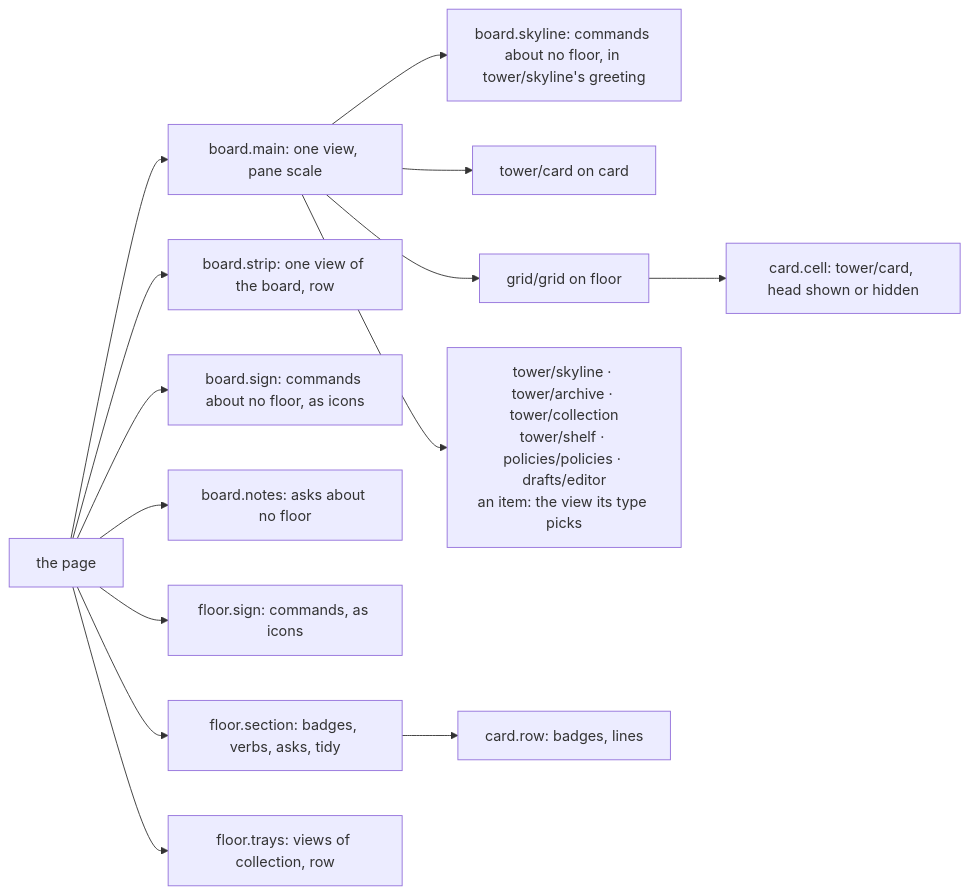
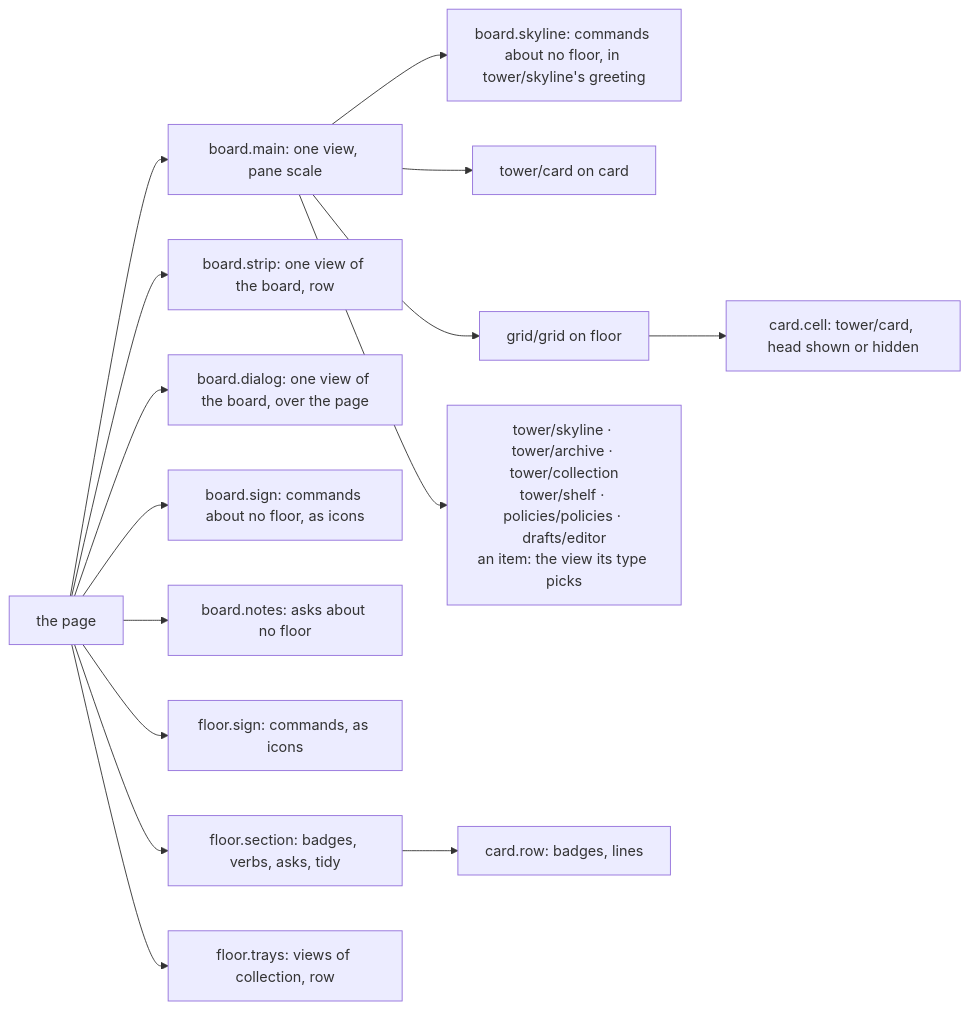
One commit to RegiByte/the-tower changed the second of 4 diagrams in kb/entities/decisions/ui-model.md. Above: the diagram before and after it, drawn with Mermaid. The commit also changed other lines of this file and 8 other files, not shown here.

First line of the commit message:
A dialog region over the tower page, board.dialog

````diff
--- a/kb/entities/decisions/ui-model.md
+++ b/kb/entities/decisions/ui-model.md
@@ -290,16 +299,17 @@
 ```mermaid
 flowchart LR
   board["the page"] --> main["board.main: one view, pane scale"]
   board --> strip["board.strip: one view of the board, row"]
+  board --> dialog["board.dialog: one view of the board, over the page"]
   board --> bsign["board.sign: commands about no floor, as icons"]
   main --> sky["board.skyline: commands about no floor, in tower/skyline's greeting"]
   board --> notes["board.notes: asks about no floor"]
   board --> sign["floor.sign: commands, as icons"]
   board --> fsec["floor.section: badges, verbs, asks, tidy"]
   fsec --> row["card.row: badges, lines"]
   board --> trays["floor.trays: views of collection, row"]
   main --> card["tower/card on card"]
   main --> grid["grid/grid on floor"]
   main --> others["tower/skyline · tower/archive · tower/collection<br/>tower/shelf · policies/policies · drafts/editor<br/>an item: the view its type picks"]
   grid --> cell["card.cell: tower/card, head shown or hidden"]
 ```
````
